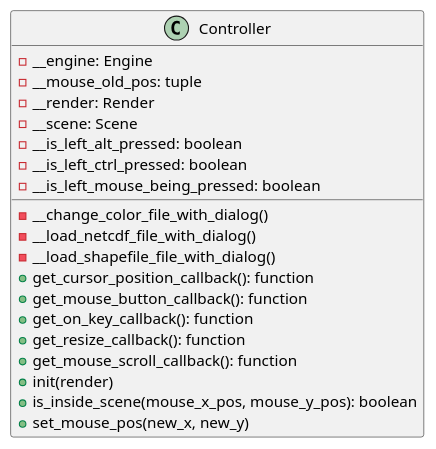
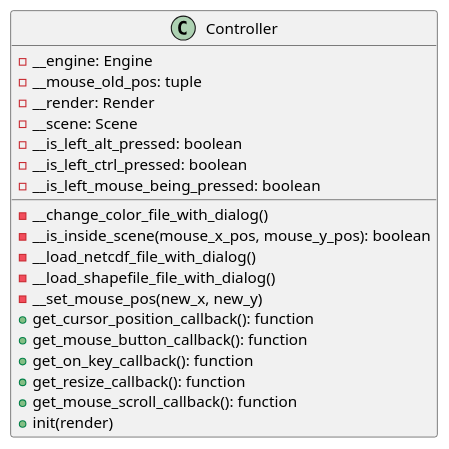
One commit to ferpoble2/Relief_Creator changed the diagram in docs/classes/Controller.puml. Above: the diagram before and after it, drawn with PlantUML. The commit also changed 1 other file, not shown here.

```diff
--- a/docs/classes/Controller.puml
+++ b/docs/classes/Controller.puml
@@ -1,23 +1,23 @@
 @startuml
 class Controller {
     - __engine: Engine
     - __mouse_old_pos: tuple
     - __render: Render
     - __scene: Scene
     - __is_left_alt_pressed: boolean
     - __is_left_ctrl_pressed: boolean
     - __is_left_mouse_being_pressed: boolean
 
     - __change_color_file_with_dialog()
+    - __is_inside_scene(mouse_x_pos, mouse_y_pos): boolean
     - __load_netcdf_file_with_dialog()
     - __load_shapefile_file_with_dialog()
+    - __set_mouse_pos(new_x, new_y)
     + get_cursor_position_callback(): function
     + get_mouse_button_callback(): function
     + get_on_key_callback(): function
     + get_resize_callback(): function
     + get_mouse_scroll_callback(): function
     + init(render)
-    + is_inside_scene(mouse_x_pos, mouse_y_pos): boolean
-    + set_mouse_pos(new_x, new_y)
 }
 @enduml
```
